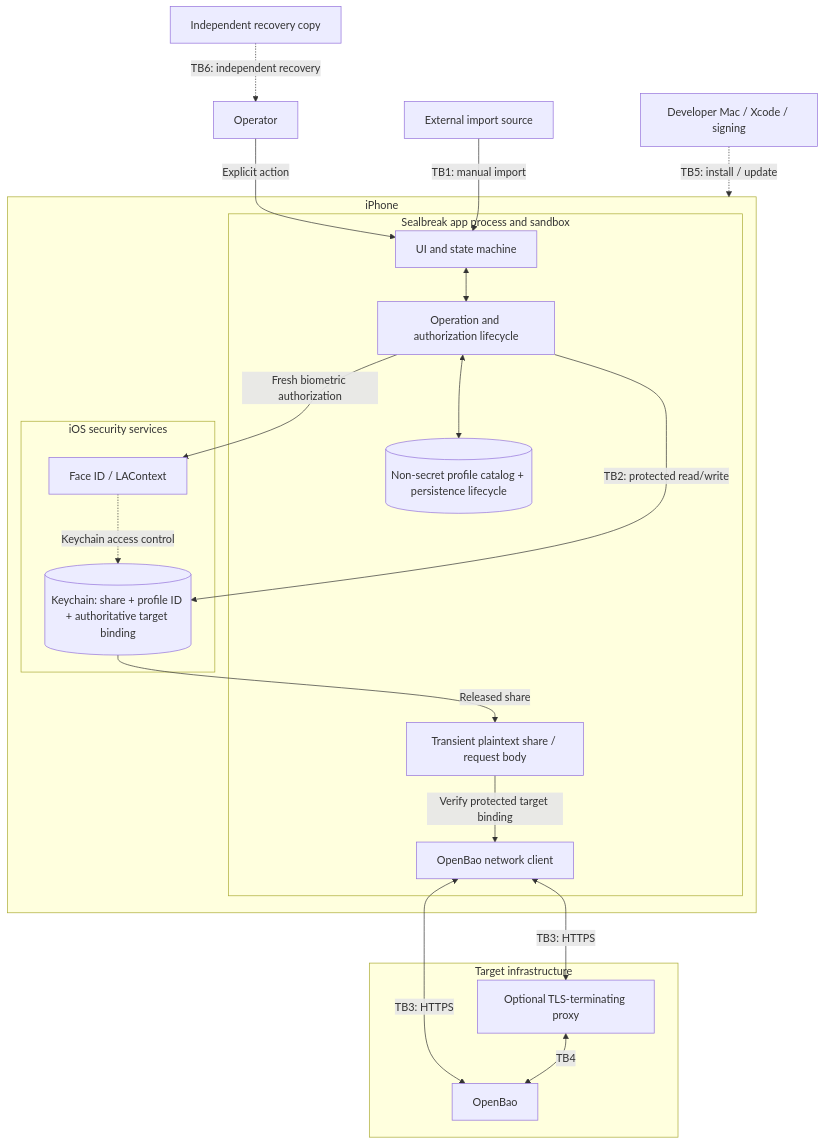
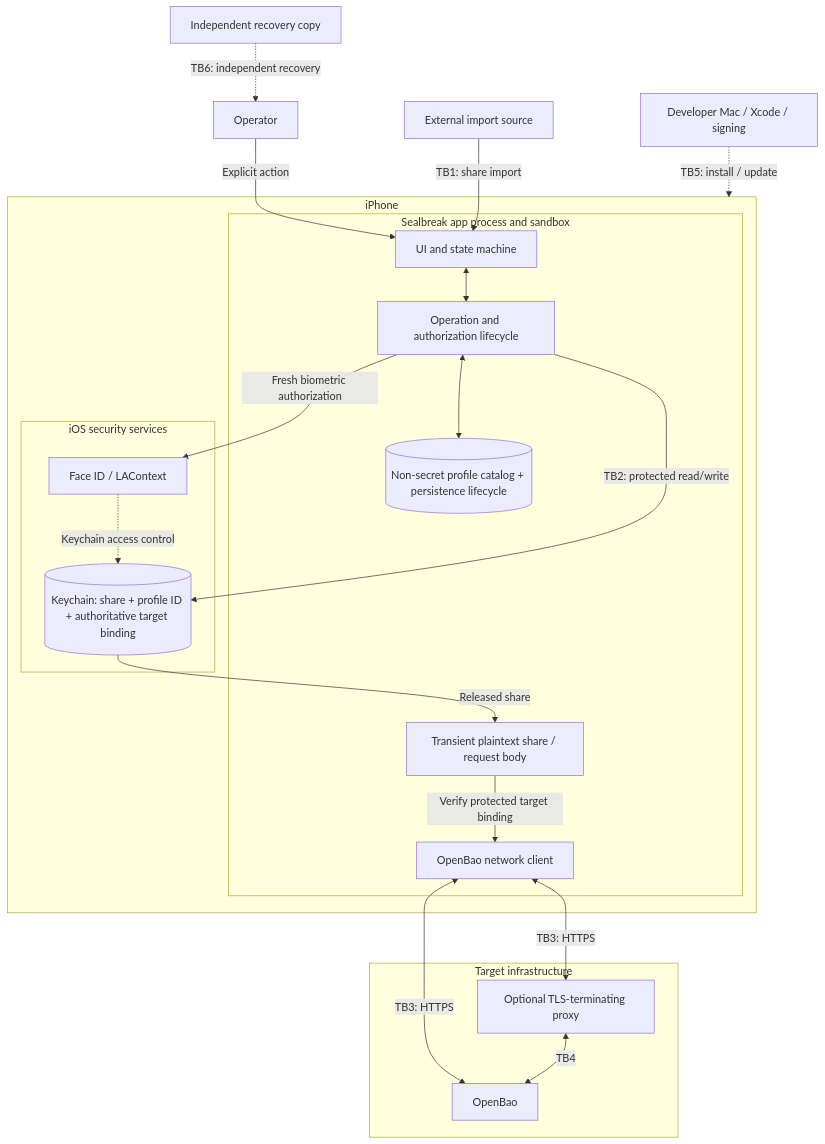
One commit to GeorgesAlkhouri/sealbreak changed the first of 2 diagrams in THREAT_MODEL.md. Above: the diagram before and after it, drawn with Mermaid. The commit also changed other lines of this file and 6 other files, not shown here.

Commit message:
security: harden share import against clipboard exposure (#45)

````diff
--- a/THREAT_MODEL.md
+++ b/THREAT_MODEL.md
@@ -58,45 +58,45 @@
 ```mermaid
 flowchart TB
     OP["Operator"]
     IMPORT["External import source"]
     REC["Independent recovery copy"]
     BUILD["Developer Mac / Xcode / signing"]
 
     subgraph PHONE["iPhone"]
         subgraph APP["Sealbreak app process and sandbox"]
             UI["UI and state machine"]
             MODEL["Operation and authorization lifecycle"]
             DISPLAY[("Non-secret profile catalog + persistence lifecycle")]
             MEM["Transient plaintext share / request body"]
             NET["OpenBao network client"]
         end
 
         subgraph IOS["iOS security services"]
             AUTH["Face ID / LAContext"]
             KC[("Keychain: share + profile ID + authoritative target binding")]
         end
     end
 
     subgraph TARGET["Target infrastructure"]
         PROXY["Optional TLS-terminating proxy"]
         BAO["OpenBao"]
     end
 
     OP -->|"Explicit action"| UI
-    IMPORT -->|"TB1: manual import"| UI
+    IMPORT -->|"TB1: share import"| UI
     BUILD -.->|"TB5: install / update"| APP
 
     UI <--> MODEL
     MODEL <--> DISPLAY
     MODEL -->|"Fresh biometric authorization"| AUTH
     AUTH -.->|"Keychain access control"| KC
     MODEL -->|"TB2: protected read/write"| KC
     KC -->|"Released share"| MEM
     MEM -->|"Verify protected target binding"| NET
 
     NET <-->|"TB3: HTTPS"| BAO
     NET <-->|"TB3: HTTPS"| PROXY
     PROXY <-->|"TB4"| BAO
 
     REC -.->|"TB6: independent recovery"| OP
 ```
````
